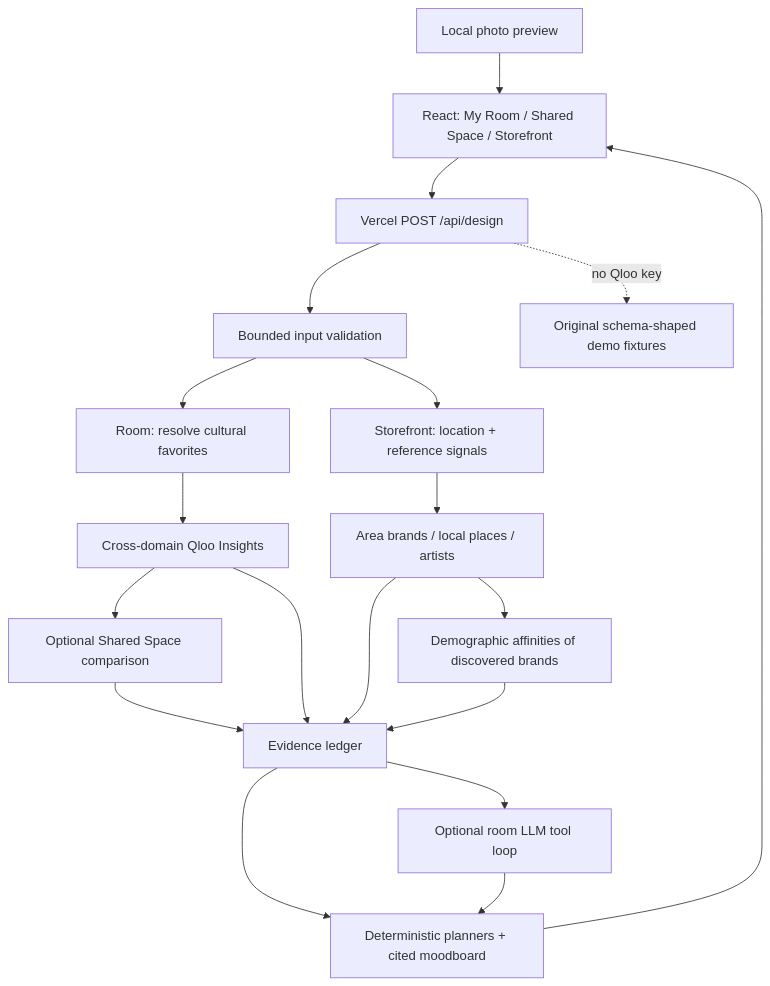
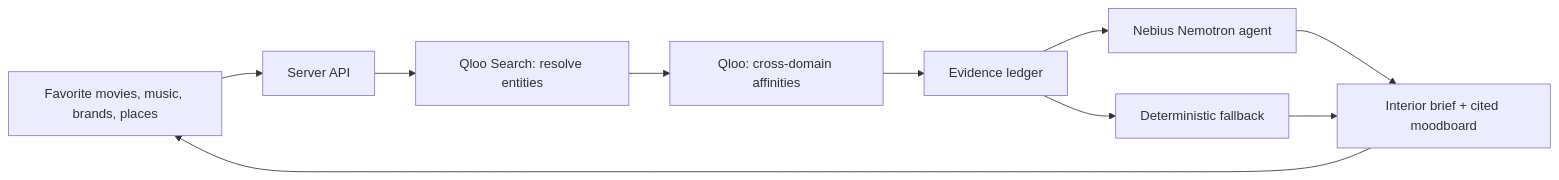
The diagram in README.md (kks0488/tasteroom), drawn with Mermaid before and after one commit. The commit also changed other lines of this file and 7 other files, not shown here.

Commit message:
Revive live Qloo and Nebius taste-to-space planning

````diff
--- a/README.md
+++ b/README.md
@@ -52,21 +41,12 @@
 ```mermaid
-flowchart TD
-    UI[React: My Room / Shared Space / Storefront] --> API[Vercel POST /api/design]
-    Photo[Local photo preview] --> UI
-    API --> V[Bounded input validation]
-    V --> R[Room: resolve cultural favorites]
-    R --> I[Cross-domain Qloo Insights]
-    I --> C[Optional Shared Space comparison]
-    V --> S[Storefront: location + reference signals]
-    S --> P[Area brands / local places / artists]
-    P --> D[Demographic affinities of discovered brands]
-    C --> E[Evidence ledger]
-    I --> E
-    P --> E
-    D --> E
-    E --> B[Deterministic planners + cited moodboard]
-    E --> L[Optional room LLM tool loop]
-    L --> B
-    B --> UI
-    API -. no Qloo key .-> F[Original schema-shaped demo fixtures]
+flowchart LR
+    UI[Favorite movies, music, brands, places] --> API[Server API]
+    API --> Search[Qloo Search: resolve entities]
+    Search --> Affinity[Qloo: cross-domain affinities]
+    Affinity --> Ledger[Evidence ledger]
+    Ledger --> Agent[Nebius Nemotron agent]
+    Agent --> Brief[Interior brief + cited moodboard]
+    Ledger --> Planner[Deterministic fallback]
+    Planner --> Brief
+    Brief --> UI
 ```
````
